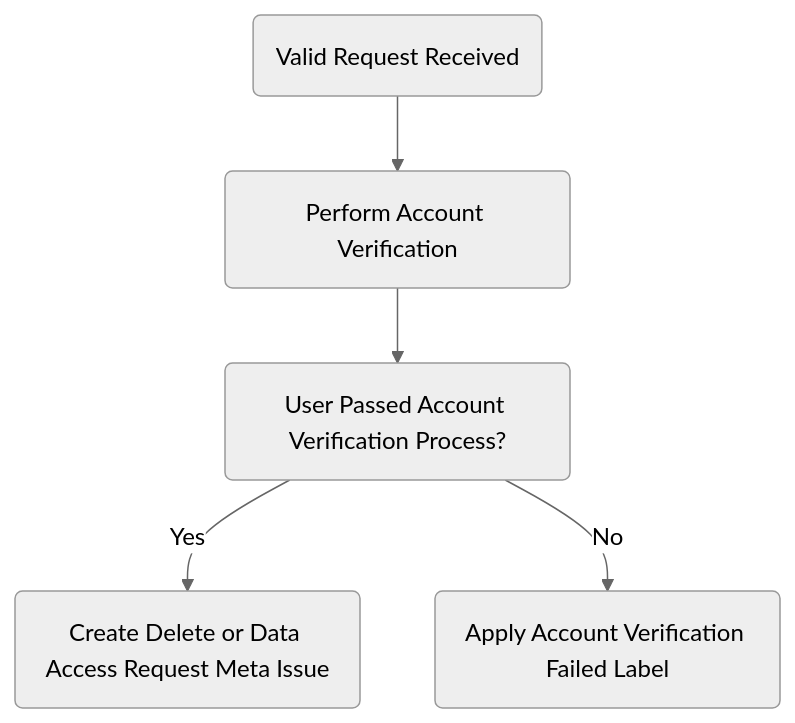
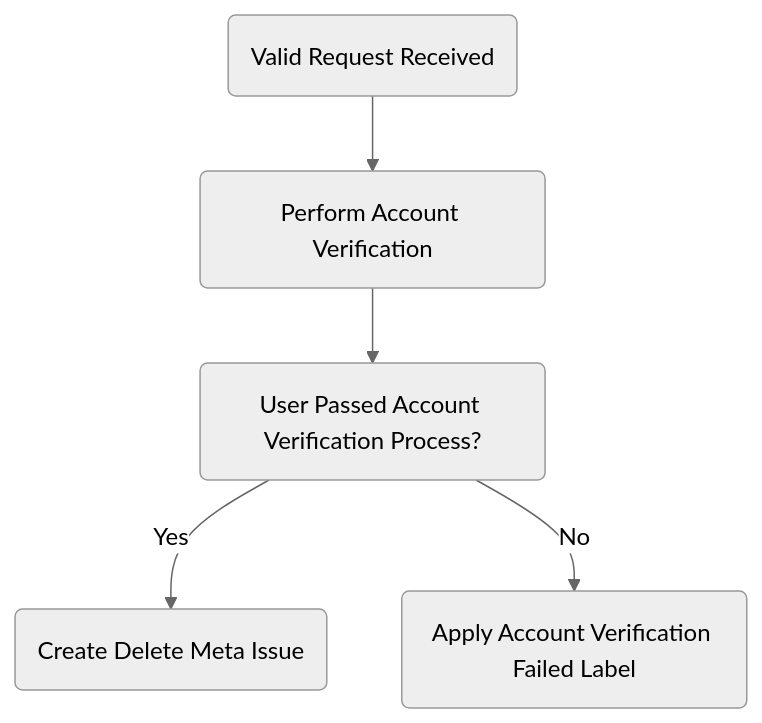
The diagram in support/workflows/personal_data_access_account_deletion.html.md (secretstartups/handbook), drawn with Mermaid (neutral theme) before and after one commit. The commit also changed other lines of this file and 1 other file, not shown here.

````diff
--- a/support/workflows/personal_data_access_account_deletion.html.md
+++ b/support/workflows/personal_data_access_account_deletion.html.md
@@ -208,9 +213,9 @@
 ```mermaid
 graph TD
 A(Valid Request Received)-->B
 B(Perform Account Verification)-->E
 E(User Passed Account Verification Process?)-->|Yes|I
 E-->|No|H
 H(Apply Account Verification Failed Label)
-I(Create Delete or Data Access Request Meta Issue)
+I(Create Delete Meta Issue)
 ```
````
